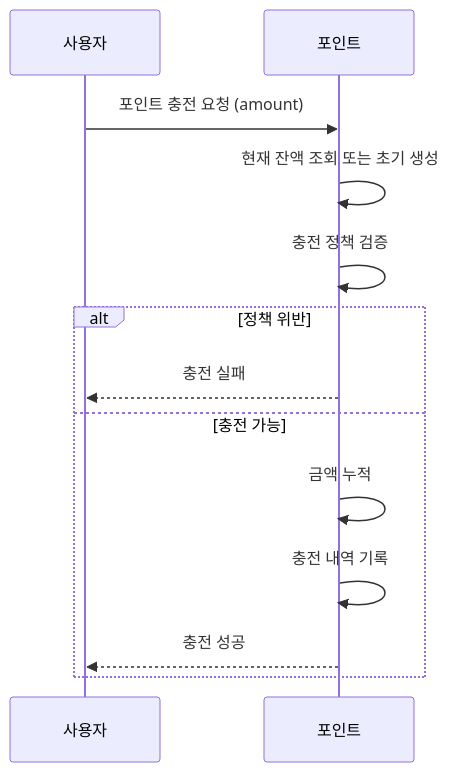
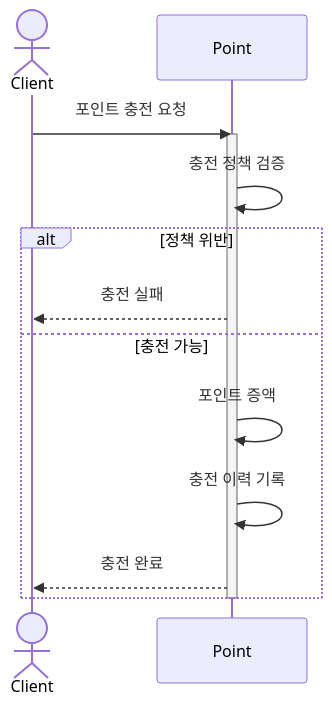
The first of 3 diagrams in docs/designs/포인트.md (domuk-k/cream-commerce), drawn with Mermaid before and after one commit. The commit also changed other lines of this file and 5 other files, not shown here.

````diff
--- a/docs/designs/포인트.md
+++ b/docs/designs/포인트.md
@@ -3,15 +3,16 @@
 ```mermaid
 sequenceDiagram
-    participant 사용자
-    participant 포인트
-    사용자 ->> 포인트: 포인트 충전 요청 (amount)
-    포인트 ->> 포인트: 현재 잔액 조회 또는 초기 생성
-    포인트 ->> 포인트: 충전 정책 검증
+    actor Client
+    participant Point
+    Client ->> Point: 포인트 충전 요청
+    activate Point
+    Point ->> Point: 충전 정책 검증
     alt 정책 위반
-        포인트 -->> 사용자: 충전 실패
+        Point -->> Client: 충전 실패
     else 충전 가능
-        포인트 ->> 포인트: 금액 누적
-        포인트 ->> 포인트: 충전 내역 기록
-        포인트 -->> 사용자: 충전 성공
+        Point ->> Point: 포인트 증액
+        Point ->> Point: 충전 이력 기록
+        Point -->> Client: 충전 완료
     end
+    deactivate Point
 ```
````
